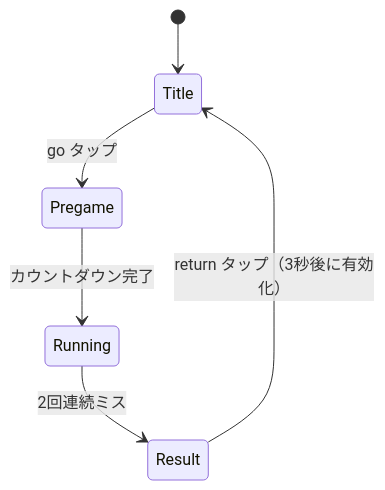
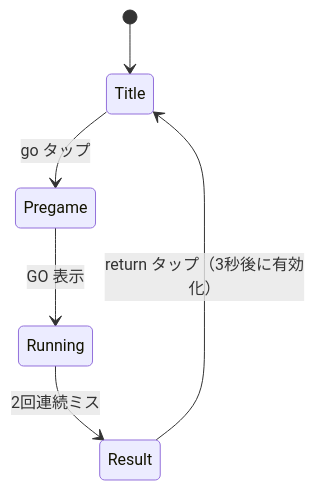
One commit to raiich/go-run-gopher changed the first of 2 diagrams in docs/architecture.md. Above: the diagram before and after it, drawn with Mermaid. The commit also changed other lines of this file and 9 other files, not shown here.

````diff
--- a/docs/architecture.md
+++ b/docs/architecture.md
@@ -114,8 +114,8 @@
 ```mermaid
 stateDiagram-v2
     [*] --> Title
     Title --> Pregame : go タップ
-    Pregame --> Running : カウントダウン完了
+    Pregame --> Running : GO 表示
     Running --> Result : 2回連続ミス
     Result --> Title : return タップ（3秒後に有効化）
 ```
````
